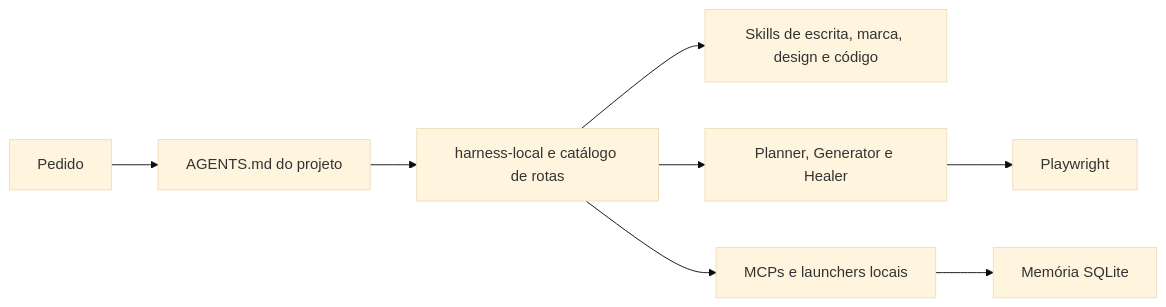
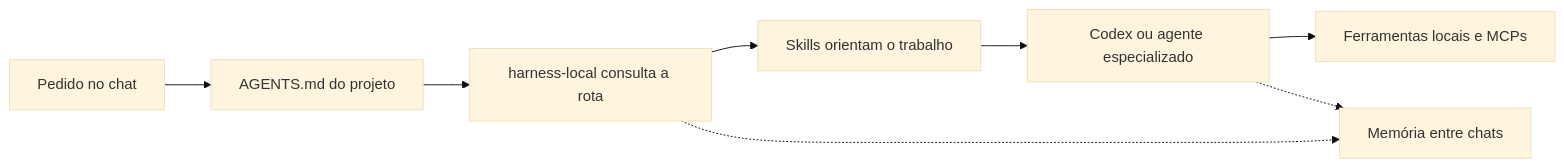
The diagram in README.md (VictorCoutinhoz/Harness_Local), drawn with Mermaid (base theme) before and after one commit. The commit also changed other lines of this file, not shown here.

Commit message:
Documenta o fluxo entre skills, agentes e MCPs

````diff
--- a/README.md
+++ b/README.md
@@ -5,10 +9,10 @@
 ```mermaid
 flowchart LR
-    Request["Pedido"] --> Guide["AGENTS.md do projeto"]
-    Guide --> Routes["harness-local e catálogo de rotas"]
-    Routes --> Skills["Skills de escrita, marca, design e código"]
-    Routes --> Agents["Planner, Generator e Healer"]
-    Routes --> Tools["MCPs e launchers locais"]
-    Agents --> Playwright["Playwright"]
-    Tools --> Memory["Memória SQLite"]
+    Pedido["Pedido no chat"] --> Instrucoes["AGENTS.md do projeto"]
+    Instrucoes --> Rota["harness-local consulta a rota"]
+    Rota --> Skills["Skills orientam o trabalho"]
+    Skills --> Execucao["Codex ou agente especializado"]
+    Execucao --> Ferramentas["Ferramentas locais e MCPs"]
+    Rota -.-> Memoria["Memória entre chats"]
+    Execucao -.-> Memoria
 ```
````
